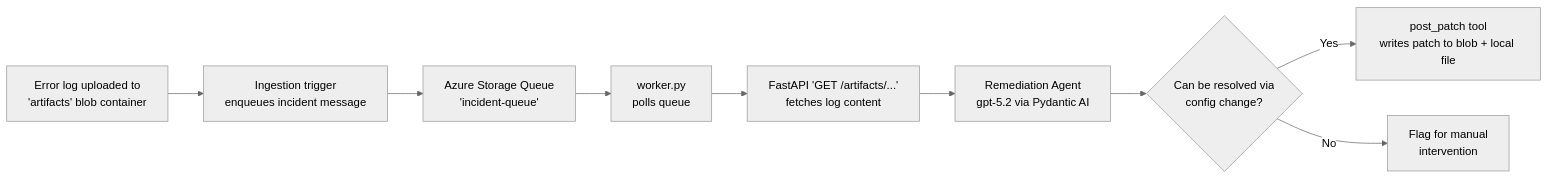
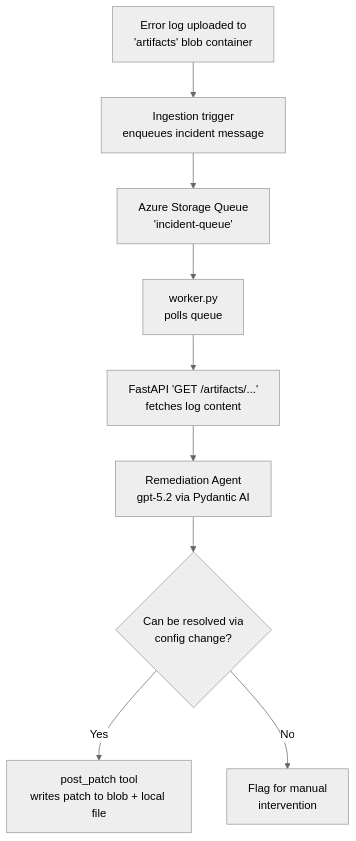
The diagram in README.md (dinushika93/incident-agent-workflow), drawn with Mermaid (neutral theme) before and after one commit. The commit also changed other lines of this file, not shown here.

````diff
--- a/README.md
+++ b/README.md
@@ -7,11 +7,11 @@
 ```mermaid
-flowchart LR
+flowchart TB
     A[Error log uploaded to<br/>'artifacts' blob container] --> B[Ingestion trigger<br/>enqueues incident message]
     B --> C[Azure Storage Queue<br/>'incident-queue']
     C --> D[worker.py<br/>polls queue]
     D --> E[FastAPI 'GET /artifacts/...'<br/>fetches log content]
     E --> F[Remediation Agent<br/>gpt-5.2 via Pydantic AI]
     F --> G{Can be resolved via<br/>config change?}
     G -- Yes --> H[post_patch tool<br/>writes patch to blob + local file]
     G -- No --> I[Flag for manual<br/>intervention]
 ```
````
